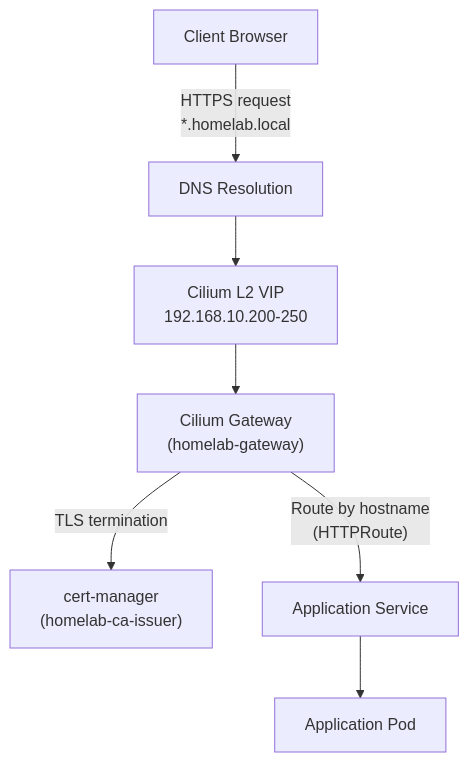
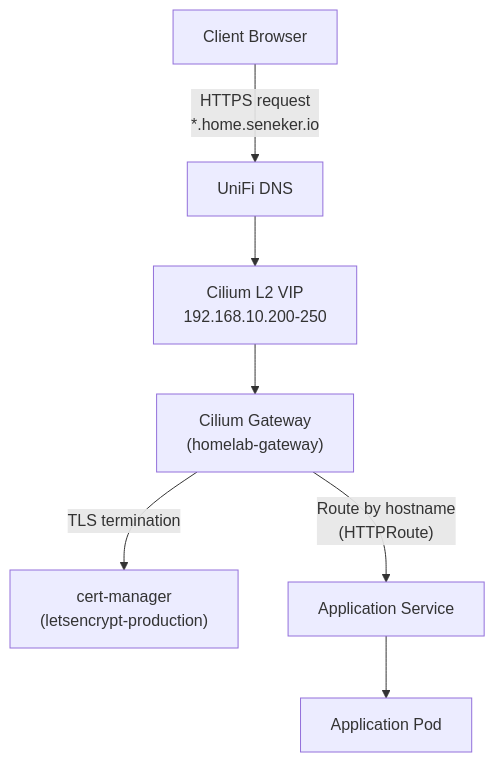
One commit to kyleseneker/homelab changed the first of 3 diagrams in docs/architecture/networking.md. Above: the diagram before and after it, drawn with Mermaid. The commit also changed other lines of this file and 29 other files, not shown here.

Commit message:
feat: point links, probes, docs and Seerr at home.seneker.io and serve Vault there

````diff
--- a/docs/architecture/networking.md
+++ b/docs/architecture/networking.md
@@ -7,9 +7,9 @@
 ```mermaid
 flowchart TD
-    client["Client Browser"] -->|"HTTPS request\n*.homelab.local"| dns["DNS Resolution"]
+    client["Client Browser"] -->|"HTTPS request\n*.home.seneker.io"| dns["UniFi DNS"]
     dns --> ciliumVIP["Cilium L2 VIP\n192.168.10.200-250"]
     ciliumVIP --> gateway["Cilium Gateway\n(homelab-gateway)"]
-    gateway -->|"TLS termination"| certManager["cert-manager\n(homelab-ca-issuer)"]
+    gateway -->|"TLS termination"| certManager["cert-manager\n(letsencrypt-production)"]
     gateway -->|"Route by hostname\n(HTTPRoute)"| appSvc["Application Service"]
     appSvc --> appPod["Application Pod"]
 ```
````
